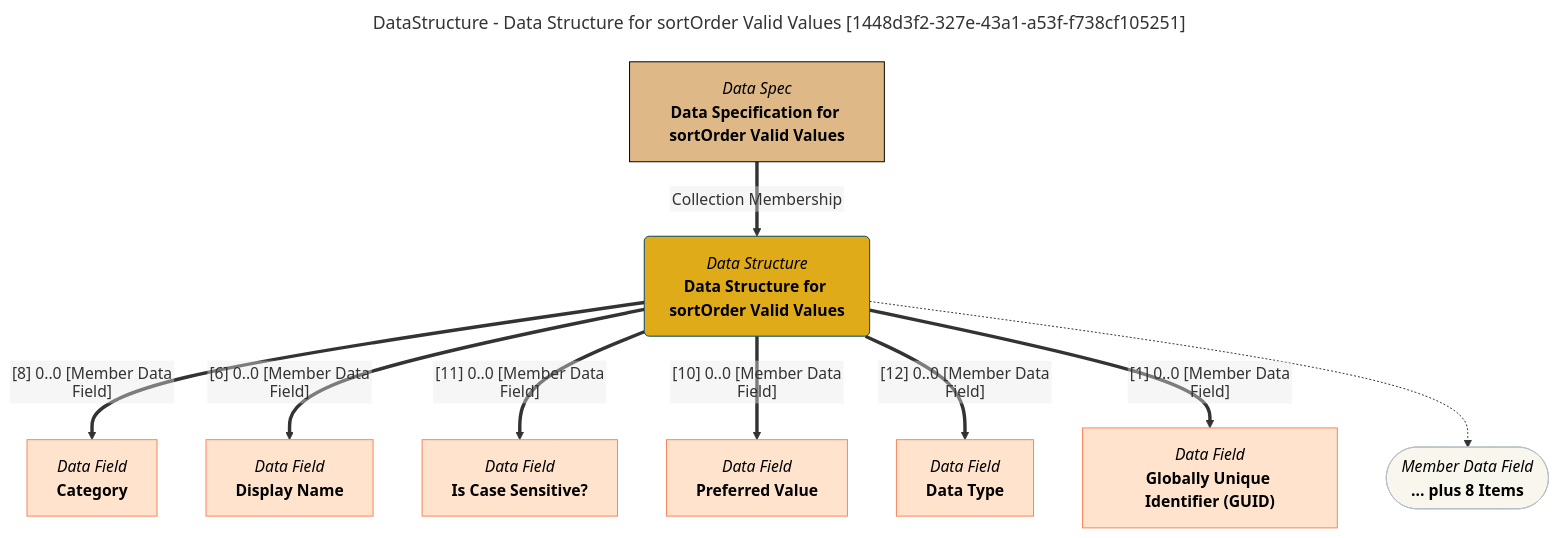
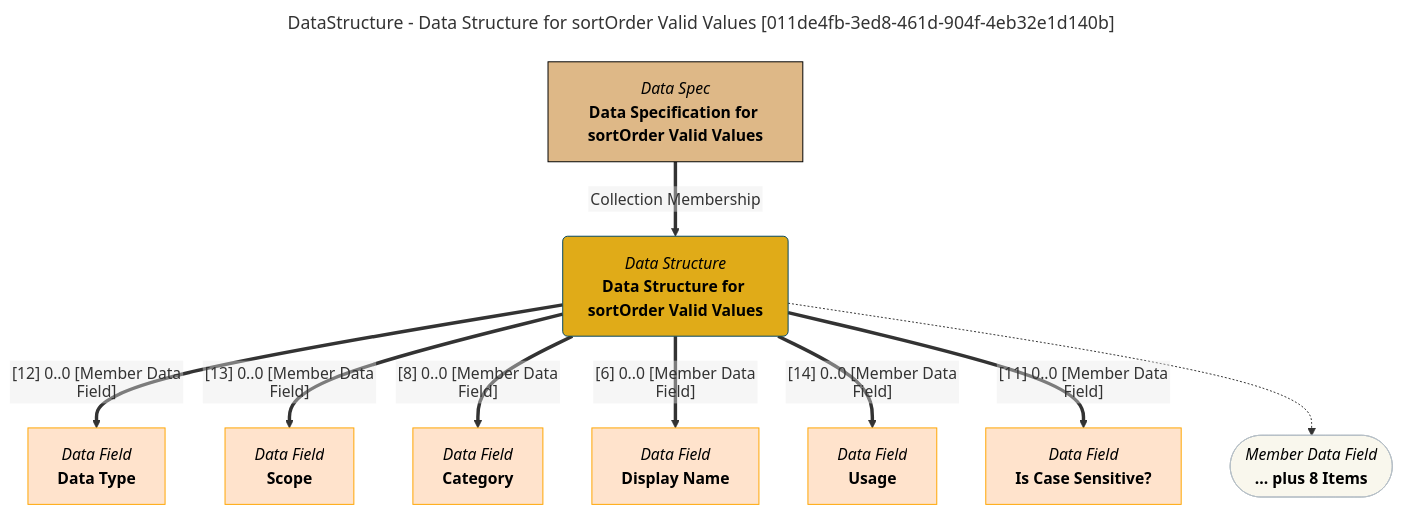
Before and after one commit to odpi/egeria-docs: the diagram in site/snippets/data-structures/data-structure-for-sortorder-valid-values-mermaid-graph.md, drawn with Mermaid. The commit also changed 2201 other files, not shown here.

````diff
--- a/site/snippets/data-structures/data-structure-for-sortorder-valid-values-mermaid-graph.md
+++ b/site/snippets/data-structures/data-structure-for-sortorder-valid-values-mermaid-graph.md
@@ -1,43 +1,43 @@
 ```mermaid
 ---
-title: DataStructure - Data Structure for sortOrder Valid Values [1448d3f2-327e-43a1-a53f-f738cf105251]
+title: DataStructure - Data Structure for sortOrder Valid Values [011de4fb-3ed8-461d-904f-4eb32e1d140b]
 ---
 flowchart TD
 %%{init: {"flowchart": {"htmlLabels": false}} }%%
 
 1@{ shape: rounded, label: "*Data Structure*
 **Data Structure for sortOrder Valid Values**"}
 2@{ shape: rect, label: "*Data Spec*
 **Data Specification for sortOrder Valid Values**"}
 2==>|"Collection Membership"|1
 3@{ shape: rect, label: "*Data Field*
+**Data Type**"}
+1==>|"[12] 0..0 [Member Data Field]"|3
+4@{ shape: rect, label: "*Data Field*
+**Scope**"}
+1==>|"[13] 0..0 [Member Data Field]"|4
+5@{ shape: rect, label: "*Data Field*
 **Category**"}
-1==>|"[8] 0..0 [Member Data Field]"|3
-4@{ shape: rect, label: "*Data Field*
+1==>|"[8] 0..0 [Member Data Field]"|5
+6@{ shape: rect, label: "*Data Field*
 **Display Name**"}
-1==>|"[6] 0..0 [Member Data Field]"|4
-5@{ shape: rect, label: "*Data Field*
+1==>|"[6] 0..0 [Member Data Field]"|6
+7@{ shape: rect, label: "*Data Field*
+**Usage**"}
+1==>|"[14] 0..0 [Member Data Field]"|7
+8@{ shape: rect, label: "*Data Field*
 **Is Case Sensitive?**"}
-1==>|"[11] 0..0 [Member Data Field]"|5
-6@{ shape: rect, label: "*Data Field*
-**Preferred Value**"}
-1==>|"[10] 0..0 [Member Data Field]"|6
-7@{ shape: rect, label: "*Data Field*
-**Data Type**"}
-1==>|"[12] 0..0 [Member Data Field]"|7
-8@{ shape: rect, label: "*Data Field*
-**Globally Unique Identifier (GUID)**"}
-1==>|"[1] 0..0 [Member Data Field]"|8
+1==>|"[11] 0..0 [Member Data Field]"|8
 9@{ shape: stadium, label: "*Member Data Field*
 **... plus 8 Items**"}
 1-.->9
 style 1 color:#000000, fill:#e0ab18, stroke:#004563
-style 2 color:#000000, fill:#deb887, stroke:#000000
-style 3 color:#000000, fill:#ffe3cc, stroke:#f9845b
-style 4 color:#000000, fill:#ffe3cc, stroke:#f9845b
-style 5 color:#000000, fill:#ffe3cc, stroke:#f9845b
-style 6 color:#000000, fill:#ffe3cc, stroke:#f9845b
-style 7 color:#000000, fill:#ffe3cc, stroke:#f9845b
-style 8 color:#000000, fill:#ffe3cc, stroke:#f9845b
+style 2 color:#000000, fill:#DEB887, stroke:#000000
+style 3 color:#000000, fill:#ffe3cc, stroke:#FFA500
+style 4 color:#000000, fill:#ffe3cc, stroke:#FFA500
+style 5 color:#000000, fill:#ffe3cc, stroke:#FFA500
+style 6 color:#000000, fill:#ffe3cc, stroke:#FFA500
+style 7 color:#000000, fill:#ffe3cc, stroke:#FFA500
+style 8 color:#000000, fill:#ffe3cc, stroke:#FFA500
 style 9 color:#000000, fill:#F9F7ED, stroke:#b7c0c7
 ```
````
